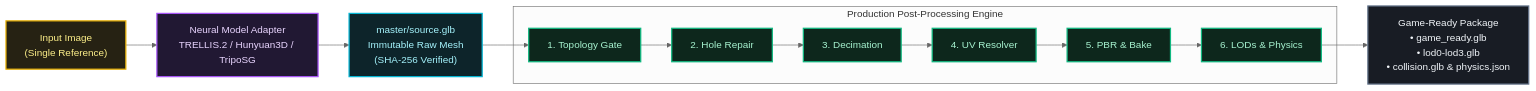
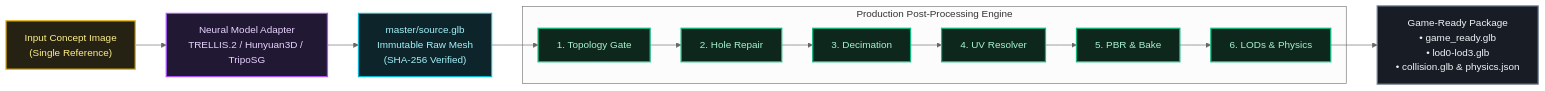
The first of 3 diagrams in README.md (Silentzx2/ForMesh3D), drawn with Mermaid (neutral theme) before and after one commit. The commit also changed other lines of this file, not shown here.

````diff
--- a/README.md
+++ b/README.md
@@ -120,34 +112,34 @@
 ```mermaid
 flowchart LR
-    %% Styling Definitions
+    %% High-Contrast Styling
     classDef input fill:#262213,stroke:#eab308,stroke-width:2px,color:#fef08a;
     classDef neural fill:#211833,stroke:#a855f7,stroke-width:2px,color:#e9d5ff;
     classDef master fill:#0d242a,stroke:#06b6d4,stroke-width:2px,color:#a5f3fc;
     classDef post fill:#0d271c,stroke:#10b981,stroke-width:2px,color:#a7f3d0;
     classDef export fill:#181c24,stroke:#64748b,stroke-width:2px,color:#f1f5f9;
 
-    IMG["Input Image<br/>(Single Reference)"]:::input
+    IMG["Input Concept Image<br/>(Single Reference)"]:::input
     MODEL["Neural Model Adapter<br/>TRELLIS.2 / Hunyuan3D / TripoSG"]:::neural
     MASTER["master/source.glb<br/>Immutable Raw Mesh<br/>(SHA-256 Verified)"]:::master
 
     subgraph Finishing ["Production Post-Processing Engine"]
         GATE["1. Topology Gate"]:::post
         REPAIR["2. Hole Repair"]:::post
         DECIMATE["3. Decimation"]:::post
         UV["4. UV Resolver"]:::post
         PBR["5. PBR & Bake"]:::post
         LOD["6. LODs & Physics"]:::post
     end
 
     OUT["Game-Ready Package<br/>• game_ready.glb<br/>• lod0-lod3.glb<br/>• collision.glb & physics.json"]:::export
 
     IMG --> MODEL
     MODEL --> MASTER
     MASTER --> GATE
     GATE --> REPAIR
     REPAIR --> DECIMATE
     DECIMATE --> UV
     UV --> PBR
     PBR --> LOD
     LOD --> OUT
 ```
````
